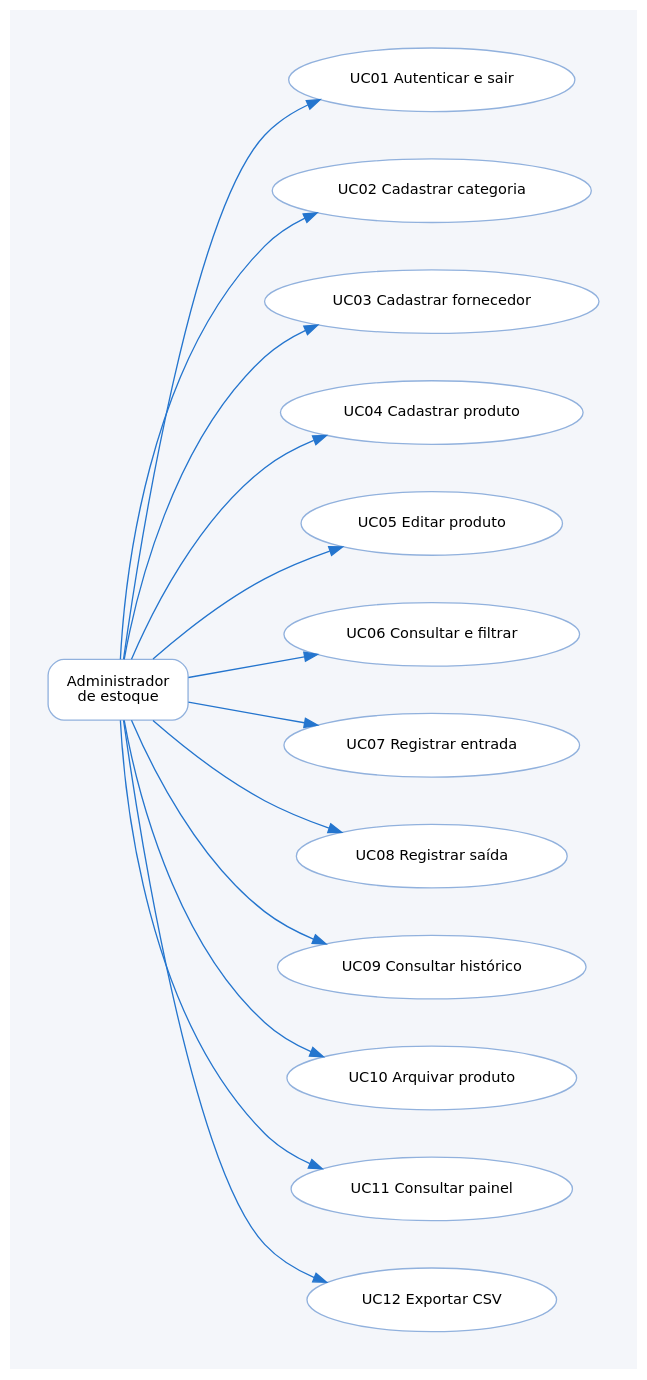
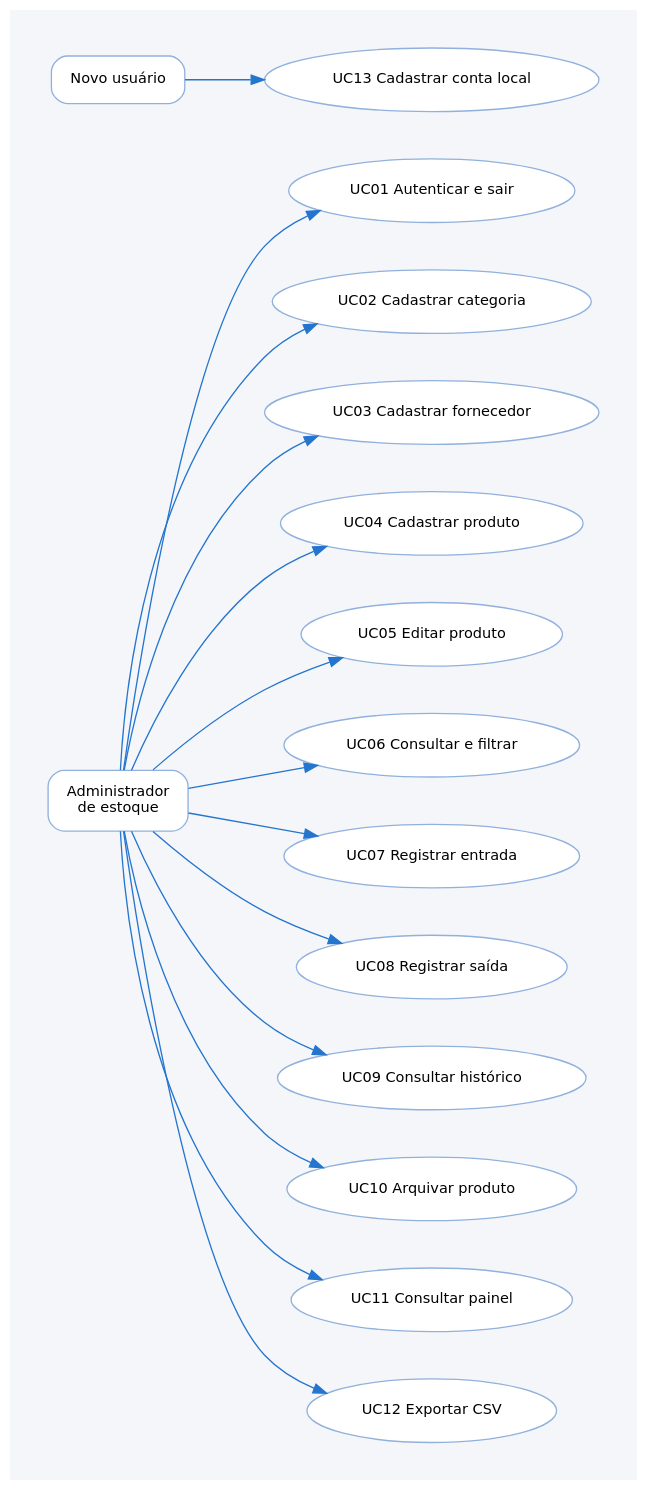
Before and after one commit to lxzinxs/EstoquePro-A3: the diagram in docs/diagramas/casos-de-uso.dot, drawn with Graphviz. The commit also changed 25 other files, not shown here.

```diff
--- a/docs/diagramas/casos-de-uso.dot
+++ b/docs/diagramas/casos-de-uso.dot
@@ -1,16 +1,18 @@
 digraph G {
 graph [bgcolor="#f4f6fa", pad="0.4", nodesep="0.5", ranksep="0.8", fontname="DejaVu Sans"]; node [fontname="DejaVu Sans", fontsize=11, shape=box, style="rounded,filled", fillcolor="white", color="#91b1dd", margin="0.2,0.15"]; edge [fontname="DejaVu Sans", fontsize=9, color="#2475ce"]; rankdir=LR; A [label="Administrador
 de estoque",shape=box]; node [shape=ellipse];
 U1 [label="UC01 Autenticar e sair"]; A->U1;
 U2 [label="UC02 Cadastrar categoria"]; A->U2;
 U3 [label="UC03 Cadastrar fornecedor"]; A->U3;
 U4 [label="UC04 Cadastrar produto"]; A->U4;
 U5 [label="UC05 Editar produto"]; A->U5;
 U6 [label="UC06 Consultar e filtrar"]; A->U6;
 U7 [label="UC07 Registrar entrada"]; A->U7;
 U8 [label="UC08 Registrar saída"]; A->U8;
 U9 [label="UC09 Consultar histórico"]; A->U9;
 U10 [label="UC10 Arquivar produto"]; A->U10;
 U11 [label="UC11 Consultar painel"]; A->U11;
 U12 [label="UC12 Exportar CSV"]; A->U12;
+
+N [label="Novo usuário",shape=box]; U13 [label="UC13 Cadastrar conta local"]; N->U13;
 }
```
